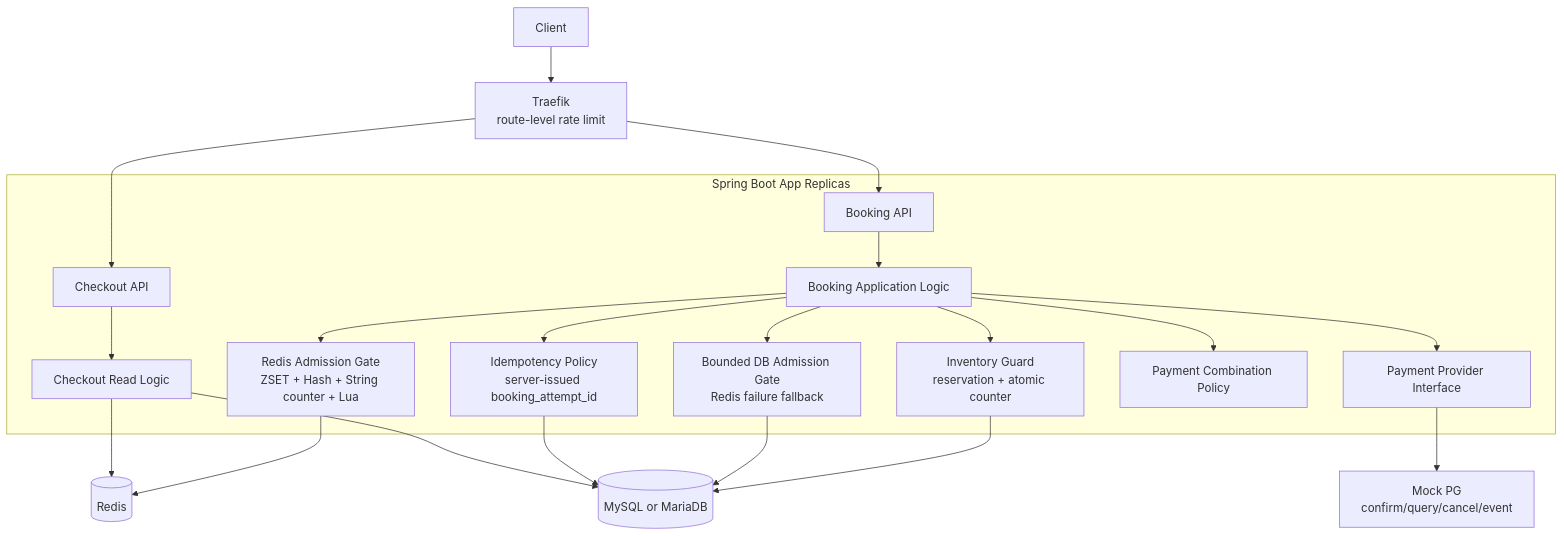
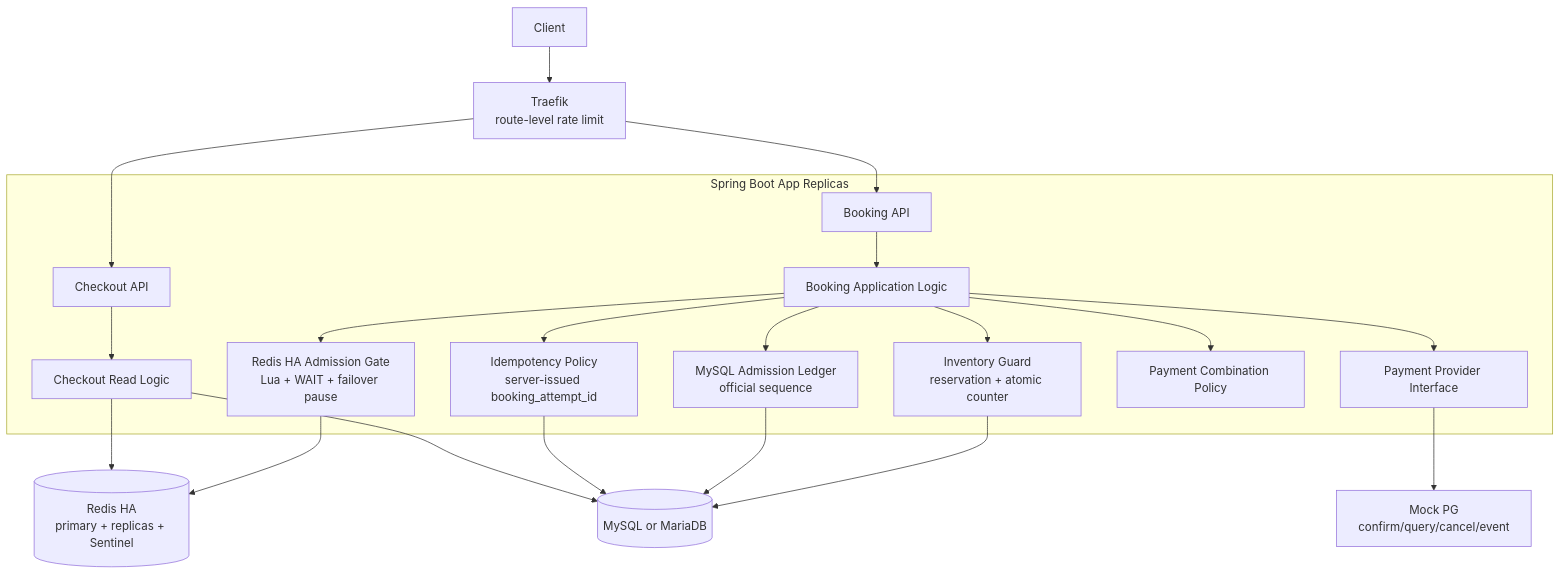
Before and after one commit to lsh1215/peak-booking-system: the second of 5 diagrams in docs/system-design/sdd.md, drawn with Mermaid. The commit also changed other lines of this file and 9 other files, not shown here.

First line of the commit message:
docs: record Redis HA failover decisions

````diff
--- a/docs/system-design/sdd.md
+++ b/docs/system-design/sdd.md
@@ -138,44 +140,44 @@
 ```mermaid
 flowchart TB
     Client[Client]
     Traefik["Traefik<br/>route-level rate limit"]
 
     subgraph App["Spring Boot App Replicas"]
         CheckoutController["Checkout API"]
         BookingController["Booking API"]
         CheckoutService["Checkout Read Logic"]
         BookingService["Booking Application Logic"]
         IdempotencyPolicy["Idempotency Policy<br/>server-issued booking_attempt_id"]
         InventoryGuard["Inventory Guard<br/>reservation + atomic counter"]
-        RedisAdmission["Redis Admission Gate<br/>ZSET + Hash + String counter + Lua"]
-        DBAdmission["Bounded DB Admission Gate<br/>Redis failure fallback"]
+        RedisAdmission["Redis HA Admission Gate<br/>Lua + WAIT + failover pause"]
+        AdmissionLedger["MySQL Admission Ledger<br/>official sequence"]
         PaymentPolicy["Payment Combination Policy"]
         PaymentPort["Payment Provider Interface"]
     end
 
-    Redis[(Redis)]
+    Redis[(Redis HA<br/>primary + replicas + Sentinel)]
     RDB[(MySQL or MariaDB)]
     MockPG[Mock PG<br/>confirm/query/cancel/event]
 
     Client --> Traefik
     Traefik --> CheckoutController
     Traefik --> BookingController
 
     CheckoutController --> CheckoutService
     CheckoutService --> Redis
     CheckoutService --> RDB
 
     BookingController --> BookingService
     BookingService --> IdempotencyPolicy
     BookingService --> PaymentPolicy
     BookingService --> RedisAdmission
-    BookingService --> DBAdmission
+    BookingService --> AdmissionLedger
     BookingService --> InventoryGuard
     BookingService --> PaymentPort
 
     IdempotencyPolicy --> RDB
     RedisAdmission --> Redis
-    DBAdmission --> RDB
+    AdmissionLedger --> RDB
     InventoryGuard --> RDB
     PaymentPort --> MockPG
 ```
````
